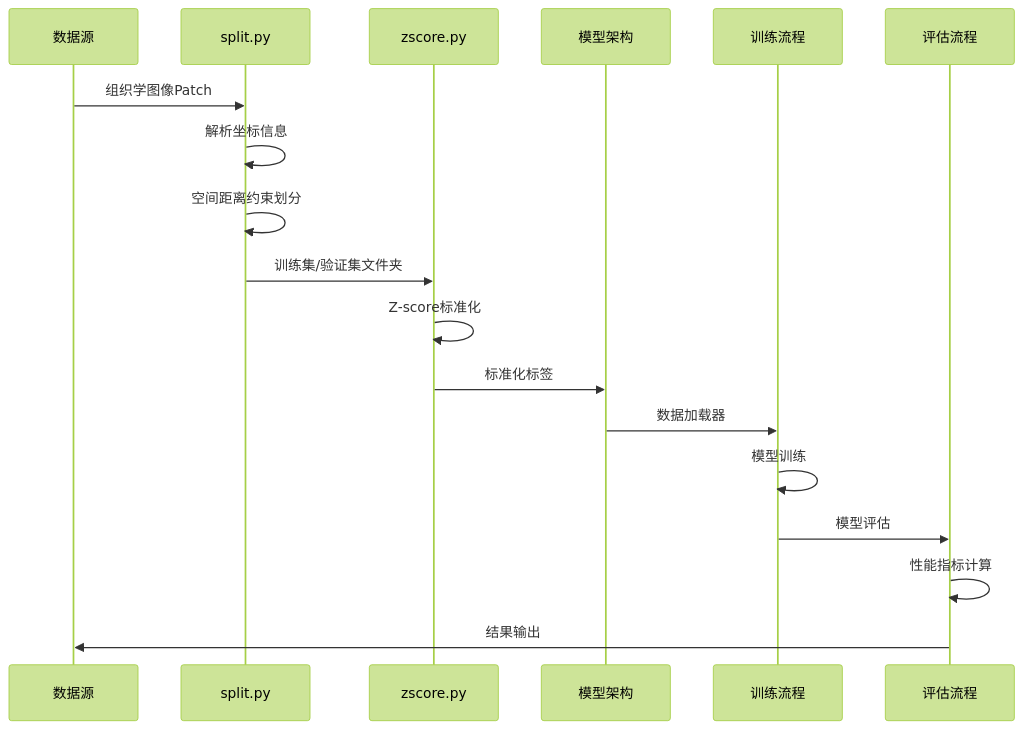
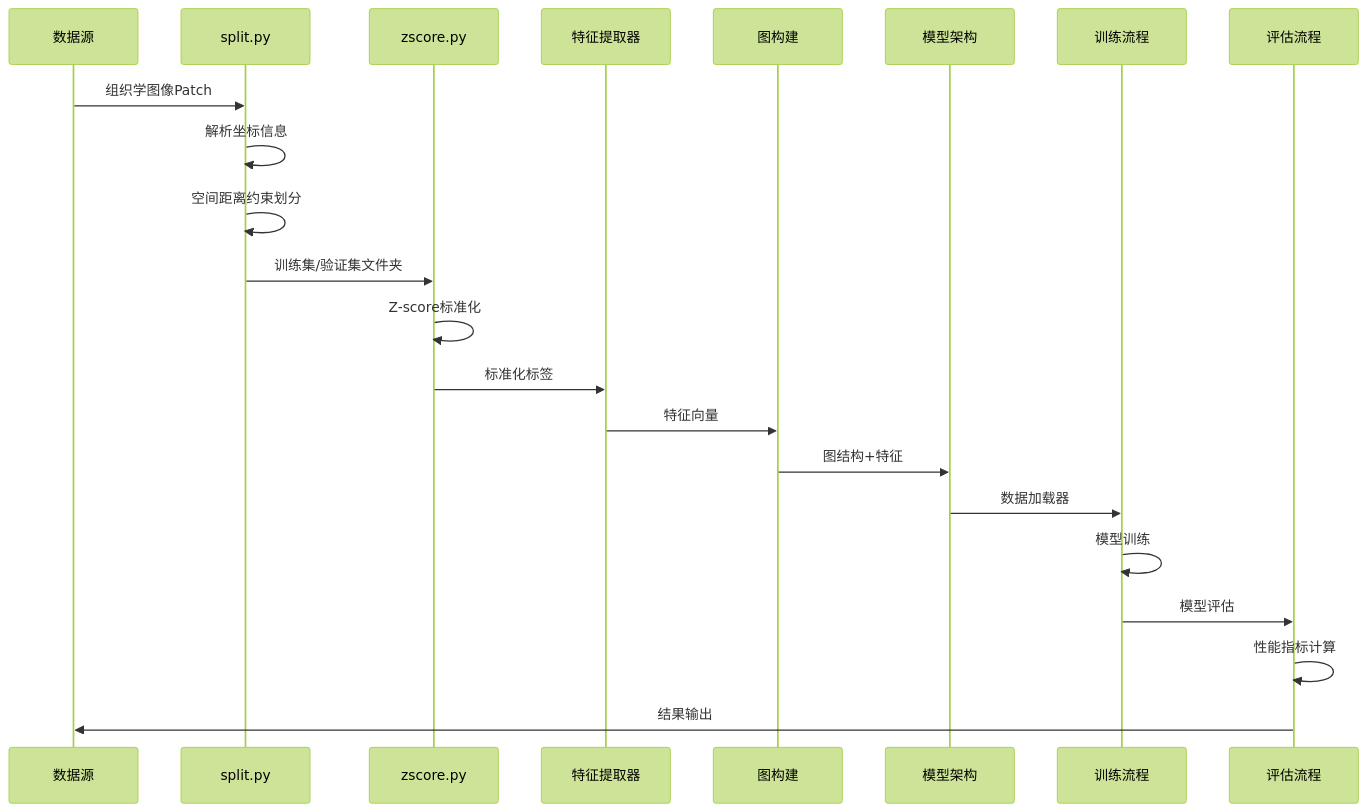
One commit to qzs610038-star/AI-esophagus-cancer-basedon-HF-HT changed the third of 20 diagrams in .qoder/repowiki/zh/content/模型架构系统/模型架构系统.md. Above: the diagram before and after it, drawn with Mermaid (forest theme). The commit also changed other lines of this file and 146 other files, not shown here.

````diff
--- a/.qoder/repowiki/zh/content/模型架构系统/模型架构系统.md
+++ b/.qoder/repowiki/zh/content/模型架构系统/模型架构系统.md
@@ -172,20 +258,24 @@
 ```mermaid
 sequenceDiagram
 participant Data as 数据源
 participant Split as split.py
 participant ZScore as zscore.py
+participant FeatureExtract as 特征提取器
+participant GraphBuild as 图构建
 participant Model as 模型架构
 participant Train as 训练流程
 participant Eval as 评估流程
 Data->>Split : 组织学图像Patch
 Split->>Split : 解析坐标信息
 Split->>Split : 空间距离约束划分
 Split->>ZScore : 训练集/验证集文件夹
 ZScore->>ZScore : Z-score标准化
-ZScore->>Model : 标准化标签
+ZScore->>FeatureExtract : 标准化标签
+FeatureExtract->>GraphBuild : 特征向量
+GraphBuild->>Model : 图结构+特征
 Model->>Train : 数据加载器
 Train->>Train : 模型训练
 Train->>Eval : 模型评估
 Eval->>Eval : 性能指标计算
 Eval->>Data : 结果输出
 ```
````
